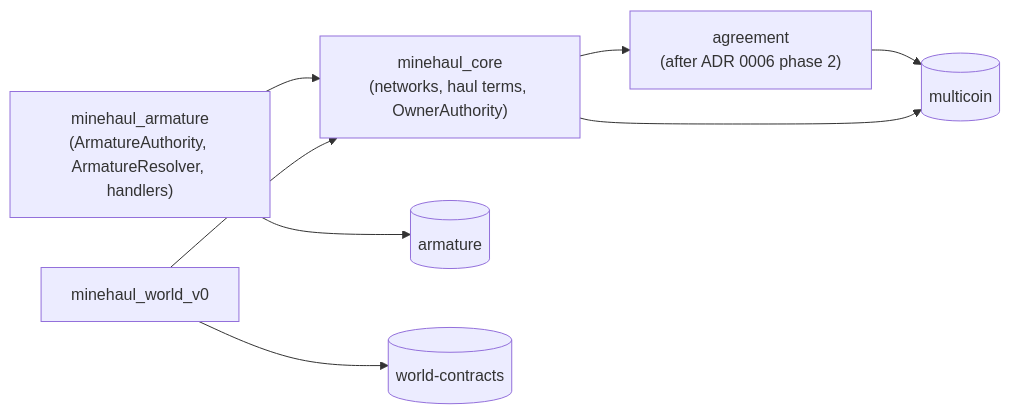
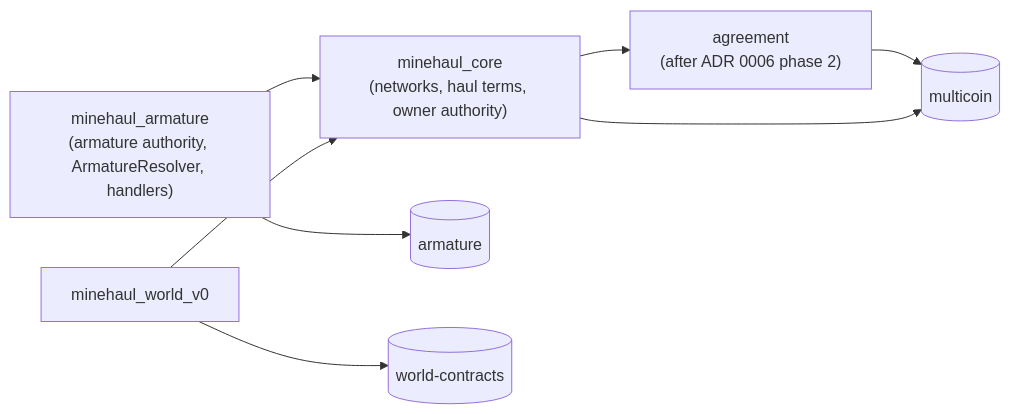
The diagram in docs/adr/0007-network-authority.md (Algorithmic-Warfare/Minehaul), drawn with Mermaid before and after one commit. The commit also changed other lines of this file and 4 other files, not shown here.

````diff
--- a/docs/adr/0007-network-authority.md
+++ b/docs/adr/0007-network-authority.md
@@ -173,10 +236,10 @@
 ```mermaid
 flowchart LR
-    A2["minehaul_armature<br>(ArmatureAuthority, ArmatureResolver, handlers)"] --> C2["minehaul_core<br>(networks, haul terms, OwnerAuthority)"]
+    A2["minehaul_armature<br>(armature authority, ArmatureResolver, handlers)"] --> C2["minehaul_core<br>(networks, haul terms, owner authority)"]
     A2 --> X2[("armature")]
     W2["minehaul_world_v0"] --> C2
     W2 --> WC2[("world-contracts")]
     C2 --> AGR["agreement<br>(after ADR 0006 phase 2)"]
     AGR --> M2[("multicoin")]
     C2 --> M2
 ```
````
